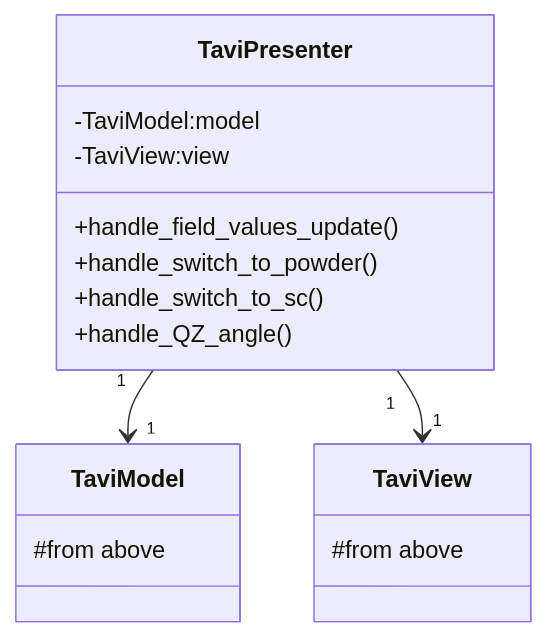
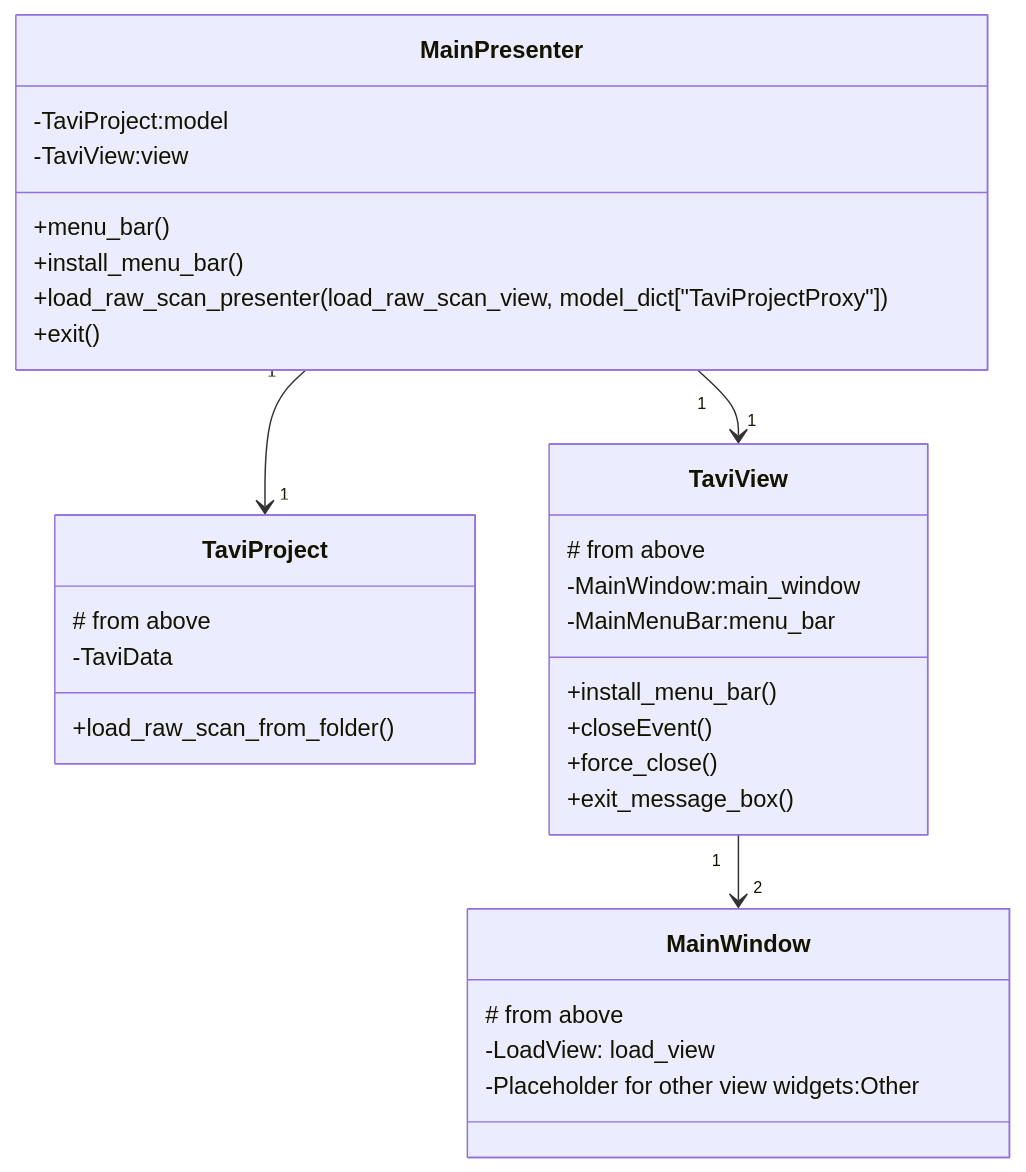
Before and after one commit to neutrons/TAVI: the third of 6 diagrams in docs/source/design/taviclasses.rst, drawn with Mermaid. The commit also changed other lines of this file, not shown here.

```diff
--- a/docs/source/design/taviclasses.rst
+++ b/docs/source/design/taviclasses.rst
@@ -70,22 +72,38 @@
 .. mermaid::
 
  classDiagram
-    TaviPresenter "1" -->"1" TaviModel
-    TaviPresenter "1" -->"1" TaviView
+    MainPresenter "1" -->"1" TaviProject
+    MainPresenter "1" -->"1" TaviView
+    TaviView "1" -->"2" MainWindow
 
-    class TaviPresenter{
-        -TaviModel:model
+    class MainPresenter{
+        -TaviProject:model
         -TaviView:view
-        +handle_field_values_update()
-        +handle_switch_to_powder()
-        +handle_switch_to_sc()
-        +handle_QZ_angle()
+        +menu_bar()
+        +install_menu_bar()
+        +load_raw_scan_presenter(load_raw_scan_view, model_dict["TaviProjectProxy"])
+        +exit()
     }
 
-    class TaviModel{
-        #from above
+    class TaviProject{
+        # from above
+        -TaviData
+        +load_raw_scan_from_folder()
     }
 
     class TaviView{
-        #from above
+        # from above
+        -MainWindow:main_window
+        -MainMenuBar:menu_bar
+        +install_menu_bar()
+        +closeEvent()
+        +force_close()
+        +exit_message_box()
+
     }
+
+    class MainWindow{
+        # from above
+        -LoadView: load_view
+        -Placeholder for other view widgets:Other
+    }
```
